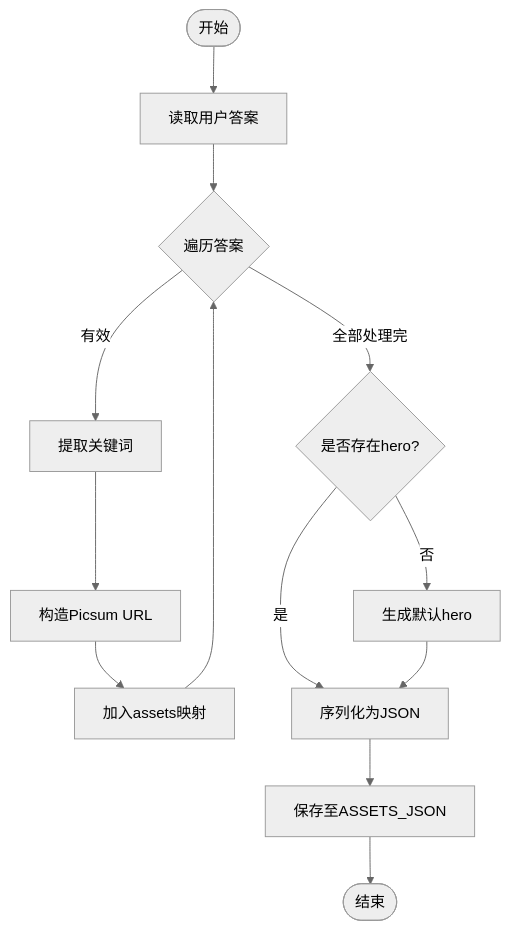
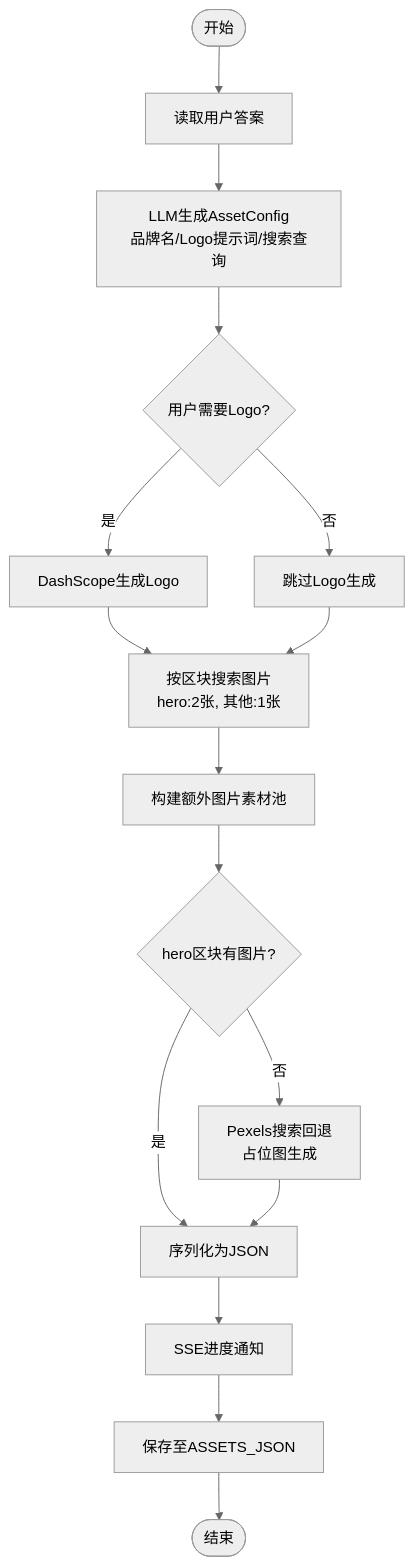
The fifth of 10 diagrams in .qoder/repowiki/zh/content/AI工作流系统/AI节点分析/AI节点分析.md (CyanYuKi/WebSiteFrontendCodeMother), drawn with Mermaid (neutral theme) before and after one commit. The commit also changed other lines of this file and 16 other files, not shown here.

````diff
--- a/.qoder/repowiki/zh/content/AI工作流系统/AI节点分析/AI节点分析.md
+++ b/.qoder/repowiki/zh/content/AI工作流系统/AI节点分析/AI节点分析.md
@@ -262,15 +287,18 @@
 ```mermaid
 flowchart TD
 Start(["开始"]) --> ReadAns["读取用户答案"]
-ReadAns --> Loop{"遍历答案"}
-Loop --> |有效| Extract["提取关键词"]
-Extract --> BuildUrl["构造Picsum URL"]
-BuildUrl --> AddItem["加入assets映射"]
-AddItem --> Loop
-Loop --> |全部处理完| HeroCheck{"是否存在hero?"}
-HeroCheck --> |否| AddHero["生成默认hero"]
+ReadAns --> GenConfig["LLM生成AssetConfig<br/>品牌名/Logo提示词/搜索查询"]
+GenConfig --> NeedLogo{"用户需要Logo?"}
+NeedLogo --> |是| GenLogo["DashScope生成Logo"]
+NeedLogo --> |否| SkipLogo["跳过Logo生成"]
+GenLogo --> SearchImg["按区块搜索图片<br/>hero:2张, 其他:1张"]
+SkipLogo --> SearchImg
+SearchImg --> Pool["构建额外图片素材池"]
+Pool --> HeroCheck{"hero区块有图片?"}
+HeroCheck --> |否| Fallback["Pexels搜索回退<br/>占位图生成"]
 HeroCheck --> |是| ToJson["序列化为JSON"]
-AddHero --> ToJson
-ToJson --> Save["保存至ASSETS_JSON"]
+Fallback --> ToJson
+ToJson --> SSE["SSE进度通知"]
+SSE --> Save["保存至ASSETS_JSON"]
 Save --> End(["结束"])
 ```
````
